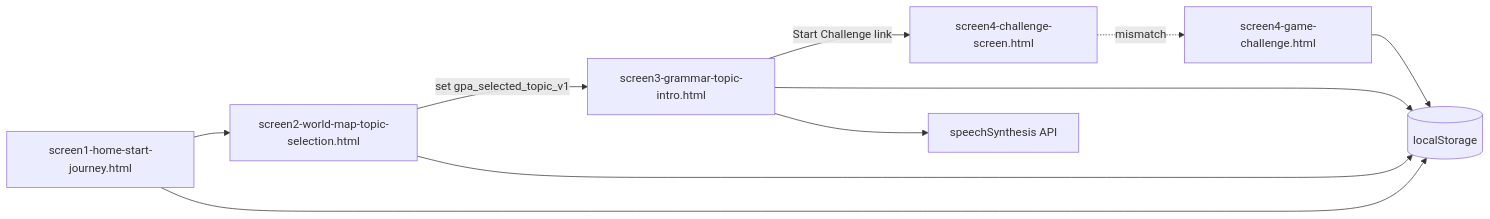
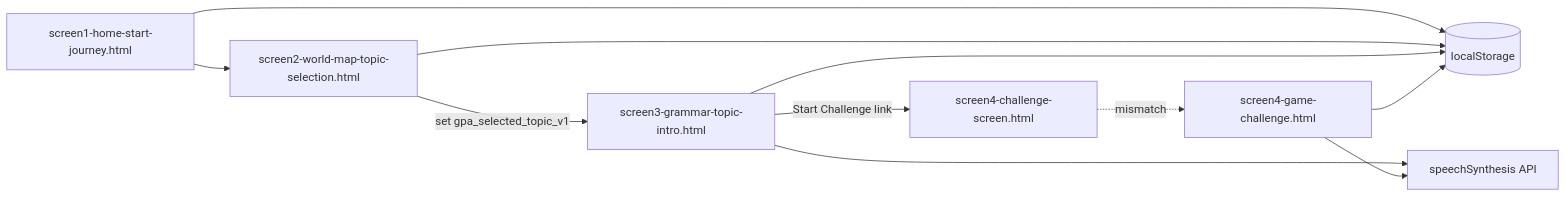
One commit to daoquocquyen/grammar-paws-adventure changed the diagram in docs/architecture.md. Above: the diagram before and after it, drawn with Mermaid. The commit also changed other lines of this file and 7 other files, not shown here.

````diff
--- a/docs/architecture.md
+++ b/docs/architecture.md
@@ -8,12 +8,13 @@
 ```mermaid
 flowchart LR
   S1[screen1-home-start-journey.html] --> S2[screen2-world-map-topic-selection.html]
   S2 -->|set gpa_selected_topic_v1| S3[screen3-grammar-topic-intro.html]
   S3 -->|Start Challenge link| S4Path[screen4-challenge-screen.html]
   S4Path -.mismatch .-> S4Actual[screen4-game-challenge.html]
   S1 --> LS[(localStorage)]
   S2 --> LS
   S3 --> LS
   S4Actual --> LS
   S3 --> SS[speechSynthesis API]
+  S4Actual --> SS
 ```
````
